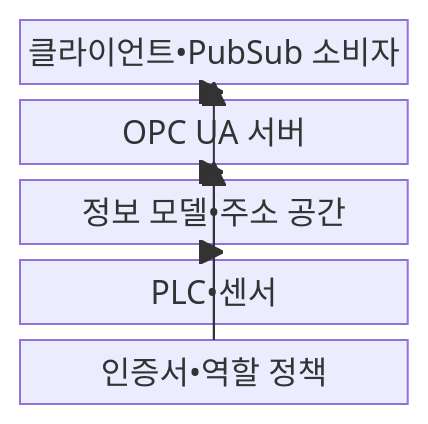
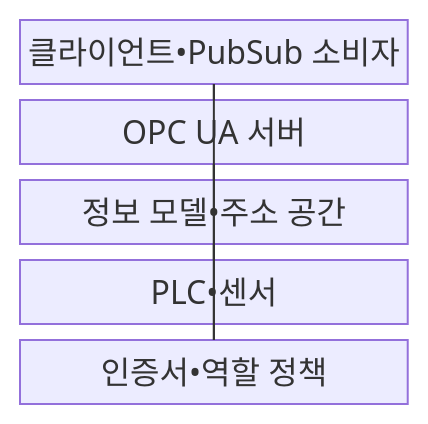
Before and after one commit to agnusdei1207/knowledge-base: the first of 2 diagrams in src/content/docs/notes/04-network/079_opc_ua.md, drawn with Mermaid. The commit also changed other lines of this file and 493 other files, not shown here.

````diff
--- a/src/content/docs/notes/04-network/079_opc_ua.md
+++ b/src/content/docs/notes/04-network/079_opc_ua.md
@@ -66,14 +66,14 @@
 ```mermaid
 block-beta
     columns 1
     CLIENT["클라이언트•PubSub 소비자"]
     SERVER["OPC UA 서버"]
     MODEL["정보 모델•주소 공간"]
     DEVICE["PLC•센서"]
     SECURITY["인증서•역할 정책"]
-    DEVICE --> MODEL
-    MODEL --> SERVER
-    SERVER --> CLIENT
-    SECURITY --> SERVER
-    SECURITY --> CLIENT
+    DEVICE --- MODEL
+    MODEL --- SERVER
+    SERVER --- CLIENT
+    SECURITY --- SERVER
+    SECURITY --- CLIENT
 ```
````
